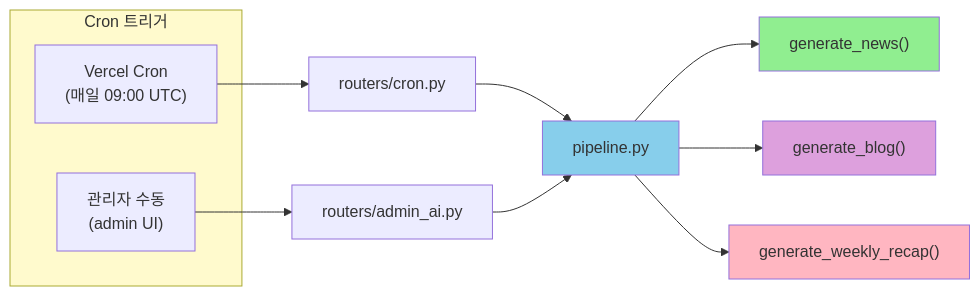
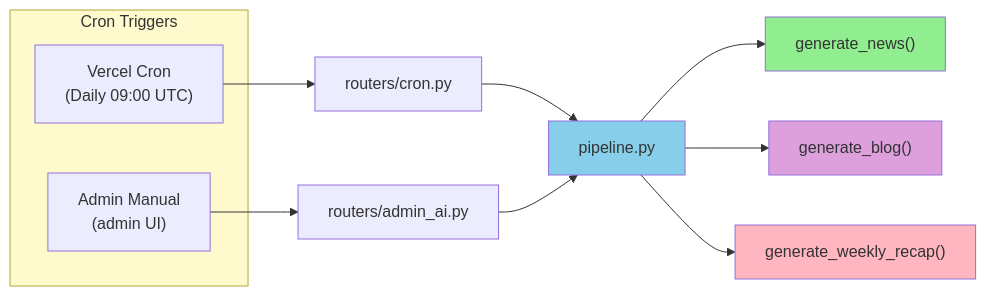
Before and after one commit to x0to1log/0to1log: the fourth of 4 diagrams in ARCHITECTURE.md, drawn with Mermaid. The commit also changed other lines of this file and 5 other files, not shown here.

Commit message:
docs: bilingual documentation - add English ARCHITECTURE.md & backend/CLAUDE.md, split Korean versions

````diff
--- a/ARCHITECTURE.md
+++ b/ARCHITECTURE.md
@@ -206,23 +204,23 @@
 ```mermaid
 graph LR
-    subgraph Schedule["Cron 트리거"]
-        VercelCron["Vercel Cron<br/>(매일 09:00 UTC)"]
-        ManualTrigger["관리자 수동<br/>(admin UI)"]
+    subgraph Schedule["Cron Triggers"]
+        VercelCron["Vercel Cron<br/>(Daily 09:00 UTC)"]
+        ManualTrigger["Admin Manual<br/>(admin UI)"]
     end
     
     VercelCron --> CronRouter["routers/cron.py"]
     ManualTrigger --> AdminRouter["routers/admin_ai.py"]
     
     CronRouter --> Pipeline["pipeline.py"]
     AdminRouter --> Pipeline
     
     Pipeline --> NewsGen["generate_news()"]
     Pipeline --> BlogGen["generate_blog()"]
     Pipeline --> RecapGen["generate_weekly_recap()"]
     
     style Schedule fill:#FFFACD
     style Pipeline fill:#87CEEB
     style NewsGen fill:#90EE90
     style BlogGen fill:#DDA0DD
     style RecapGen fill:#FFB6C1
 ```
````
